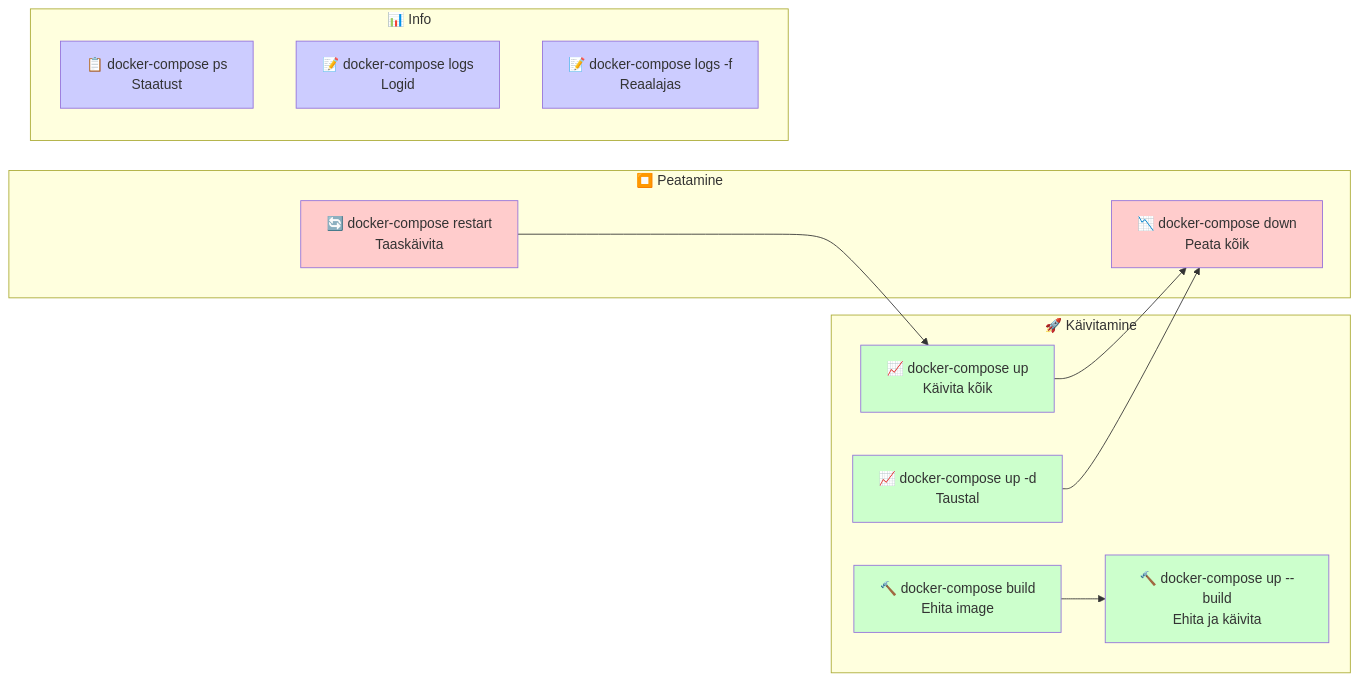
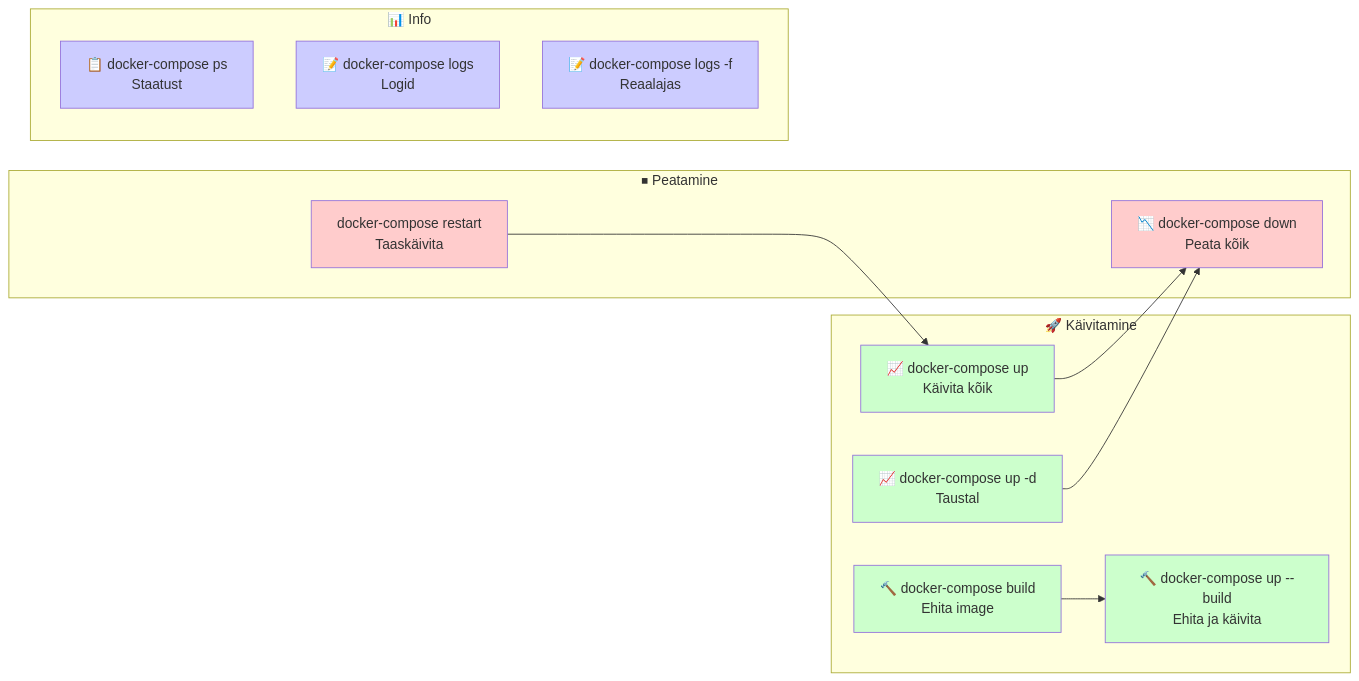
Diagram 14 of 17 in docs/docker_orchestration/lecture.md (mtalvik/automation), drawn with Mermaid before and after one commit. The commit also changed other lines of this file and 168 other files, not shown here.

````diff
--- a/docs/docker_orchestration/lecture.md
+++ b/docs/docker_orchestration/lecture.md
@@ -683,35 +683,35 @@
 ```mermaid
 graph LR
     subgraph "🚀 Käivitamine"
         Up[📈 docker-compose up<br/>Käivita kõik]
         UpD[📈 docker-compose up -d<br/>Taustal]
         Build[🔨 docker-compose build<br/>Ehita image]
         BuildUp[🔨 docker-compose up --build<br/>Ehita ja käivita]
     end
     
-    subgraph "⏹️ Peatamine"
+    subgraph "⏹ Peatamine"
         Down[📉 docker-compose down<br/>Peata kõik]
-        Restart[🔄 docker-compose restart<br/>Taaskäivita]
+        Restart[ docker-compose restart<br/>Taaskäivita]
     end
     
     subgraph "📊 Info"
         PS[📋 docker-compose ps<br/>Staatust]
         Logs[📝 docker-compose logs<br/>Logid]
         LogsF[📝 docker-compose logs -f<br/>Reaalajas]
     end
     
     Up --> Down
     UpD --> Down
     Build --> BuildUp
     Restart --> Up
     
     style Up fill:#ccffcc
     style UpD fill:#ccffcc
     style Build fill:#ccffcc
     style BuildUp fill:#ccffcc
     style Down fill:#ffcccc
     style Restart fill:#ffcccc
     style PS fill:#ccccff
     style Logs fill:#ccccff
     style LogsF fill:#ccccff
 ```
````
